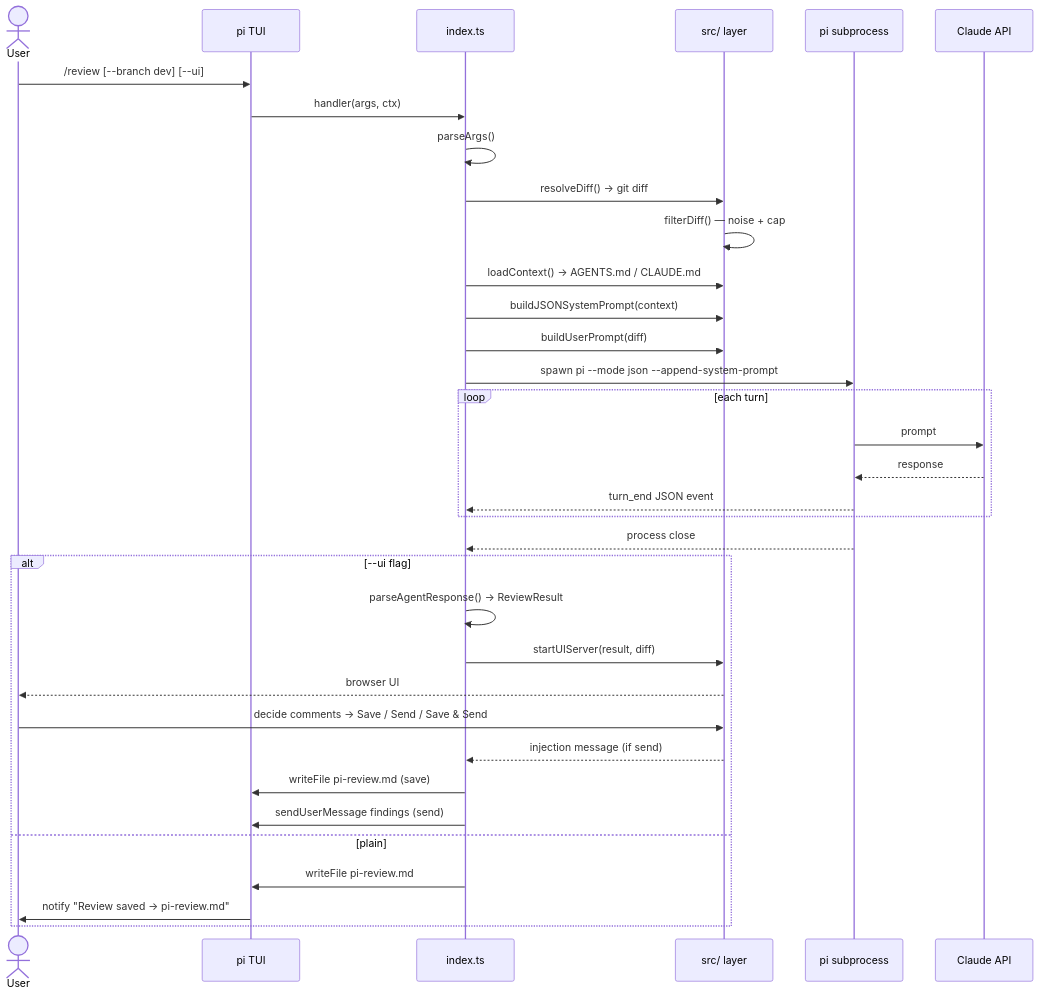
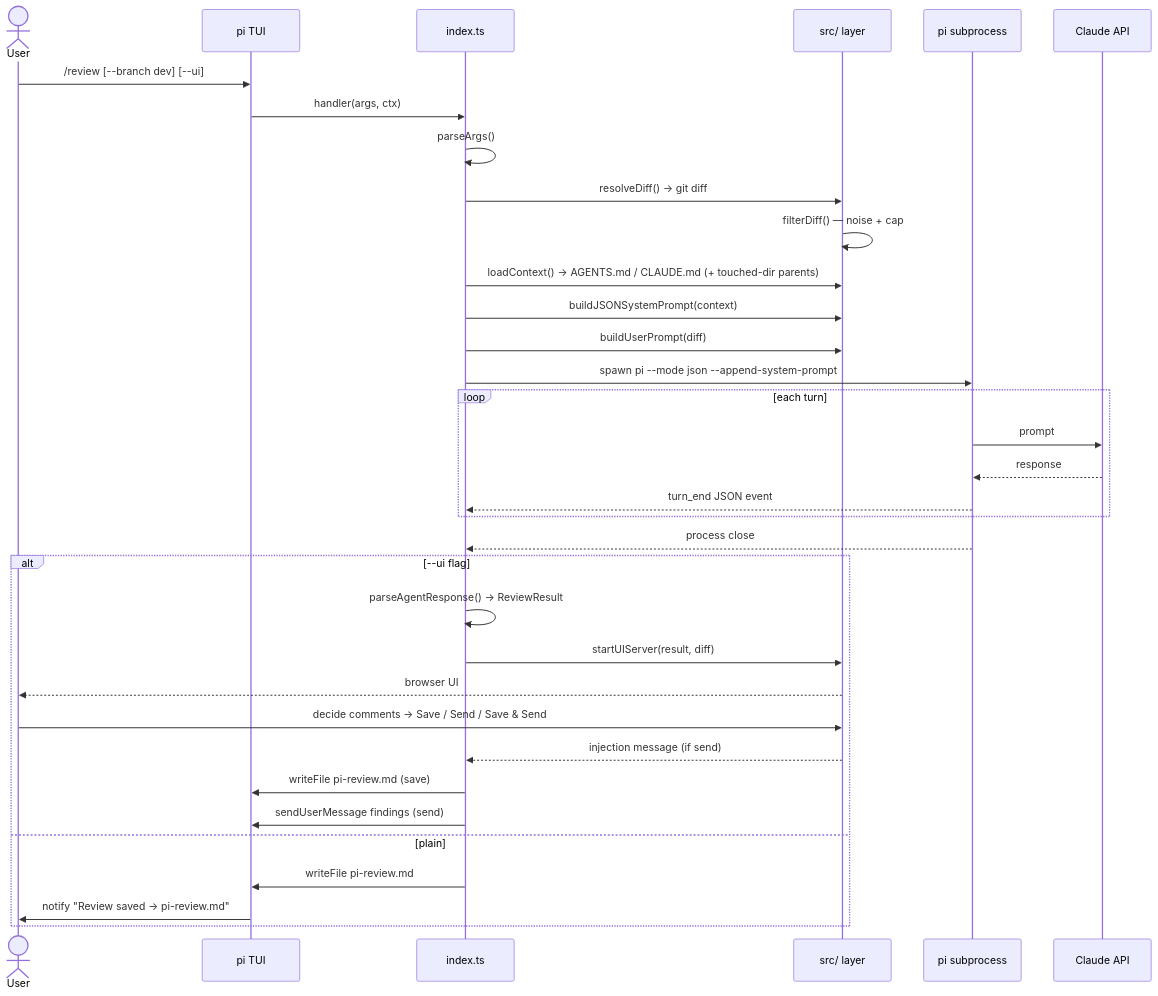
One commit to esafak/pi-reviewer changed the second of 3 diagrams in docs/architecture.md. Above: the diagram before and after it, drawn with Mermaid. The commit also changed 9 other files, not shown here.

First line of the commit message:
feat(context): ingest AGENTS.md from touched directories (#157)

````diff
--- a/docs/architecture.md
+++ b/docs/architecture.md
@@ -76,38 +76,38 @@
 ```mermaid
 sequenceDiagram
     actor User
     participant pi as pi TUI
     participant ext as index.ts
     participant src as src/ layer
     participant sub as pi subprocess
     participant claude as Claude API
 
     User->>pi: /review [--branch dev] [--ui]
     pi->>ext: handler(args, ctx)
     ext->>ext: parseArgs()
     ext->>src: resolveDiff() → git diff
     src->>src: filterDiff() — noise + cap
-    ext->>src: loadContext() → AGENTS.md / CLAUDE.md
+    ext->>src: loadContext() → AGENTS.md / CLAUDE.md (+ touched-dir parents)
     ext->>src: buildJSONSystemPrompt(context)
     ext->>src: buildUserPrompt(diff)
     ext->>sub: spawn pi --mode json --append-system-prompt
     loop each turn
         sub->>claude: prompt
         claude-->>sub: response
         sub-->>ext: turn_end JSON event
     end
     sub-->>ext: process close
 
     alt --ui flag
         ext->>ext: parseAgentResponse() → ReviewResult
         ext->>src: startUIServer(result, diff)
         src-->>User: browser UI
         User->>src: decide comments → Save / Send / Save & Send
         src-->>ext: injection message (if send)
         ext->>pi: writeFile pi-review.md (save)
         ext->>pi: sendUserMessage findings (send)
     else plain
         ext->>pi: writeFile pi-review.md
         pi->>User: notify "Review saved → pi-review.md"
     end
 ```
````
